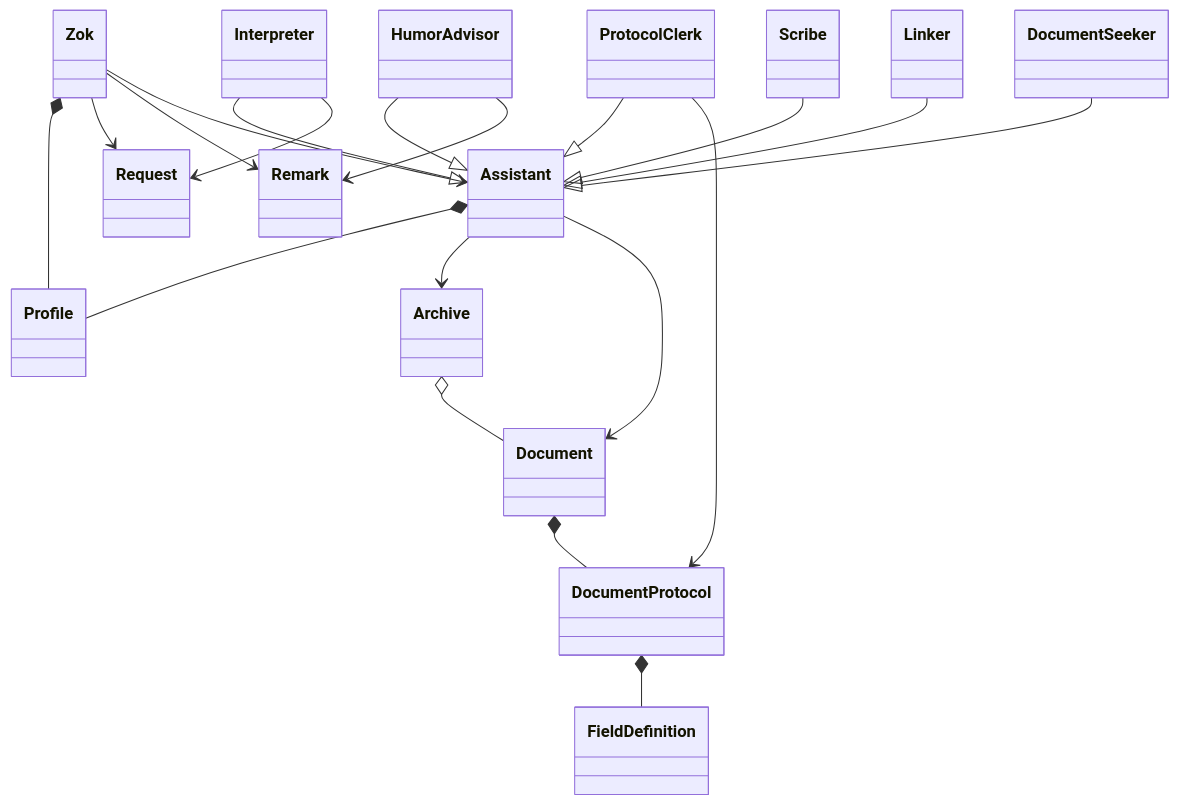
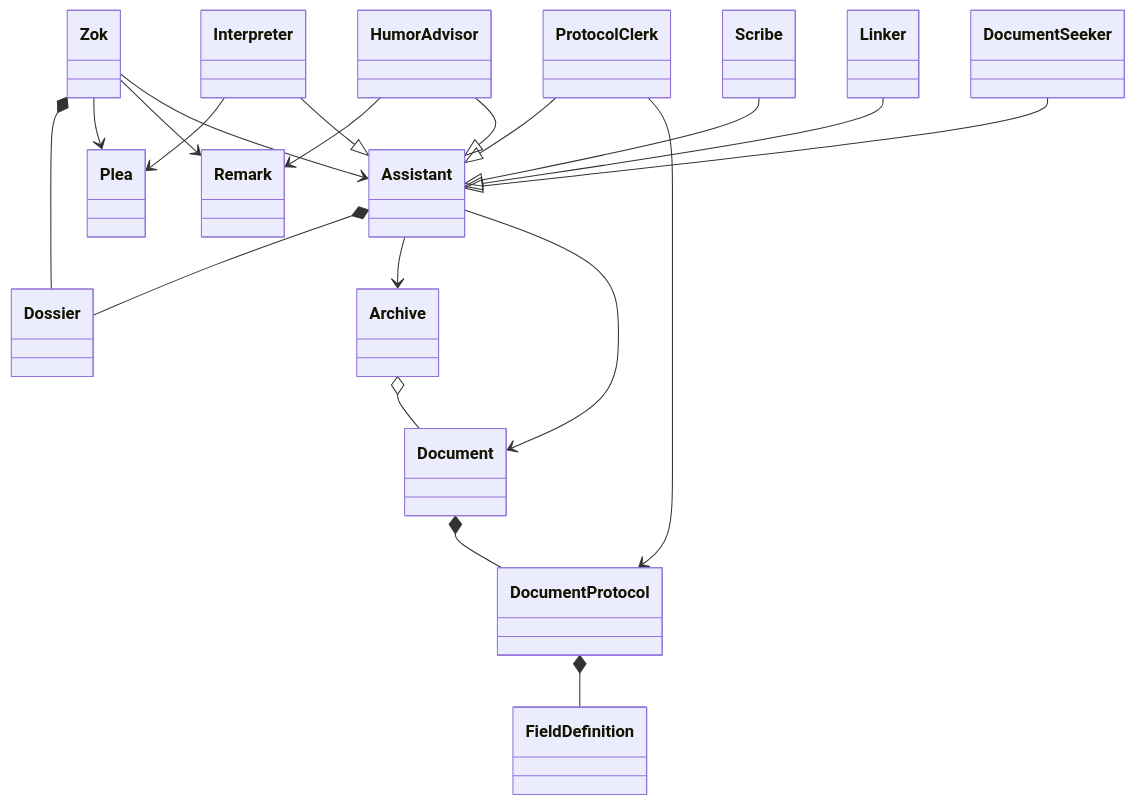
The first of 6 diagrams in docs/design/Design-001_the-inner-world-of-zok.md (pslotinsky/decay-of-magic), drawn with Mermaid before and after one commit. The commit also changed other lines of this file, not shown here.

Commit message:
Design-1: Translate Zok's design document to eng

````diff
--- a/docs/design/Design-001_the-inner-world-of-zok.md
+++ b/docs/design/Design-001_the-inner-world-of-zok.md
@@ -41,37 +40,37 @@
 ```mermaid
 classDiagram
   class Zok
-  class Request
+  class Plea
   class Remark
-  class Profile
+  class Dossier
   class Interpreter
   class Assistant
   class Scribe
   class Linker
   class ProtocolClerk
   class HumorAdvisor
   class DocumentSeeker
   class Document
   class DocumentProtocol
   class FieldDefinition
   class Archive
-  Zok *-- Profile
-  Zok --> Request
+  Zok *-- Dossier
+  Zok --> Plea
   Zok --> Remark
   Zok --> Assistant
-  Assistant *-- Profile
+  Assistant *-- Dossier
   Assistant --> Archive
   Assistant --> Document
+  Interpreter --> Plea
   Interpreter --|> Assistant
   Scribe --|> Assistant
   Linker --|> Assistant
   ProtocolClerk --|> Assistant
+  HumorAdvisor --> Remark
   HumorAdvisor --|> Assistant
   DocumentSeeker --|> Assistant
-  Interpreter --> Request
   ProtocolClerk --> DocumentProtocol
-  HumorAdvisor --> Remark
   DocumentProtocol *-- FieldDefinition
   Document *-- DocumentProtocol
   Archive o-- Document
 ```
````
